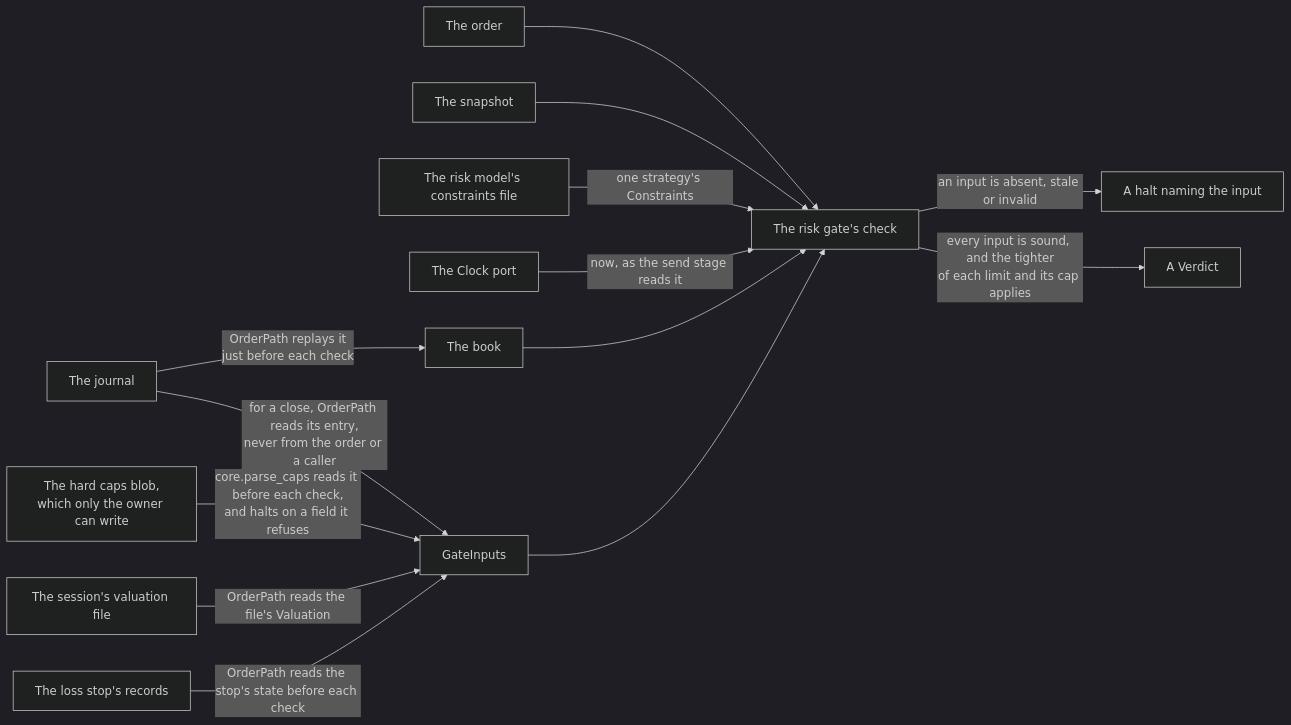
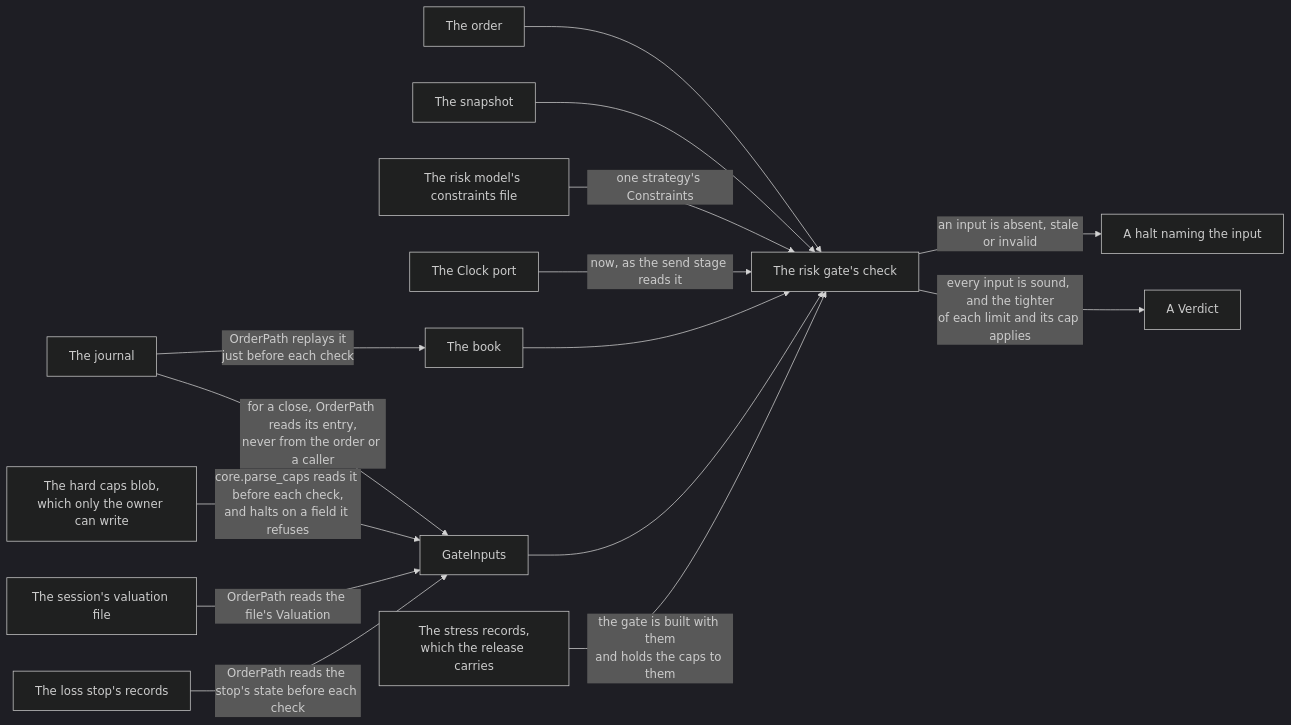
Before and after one commit to l3a0/ithildin-runtime: the seventh of 11 diagrams in docs/architecture/05-building-blocks.md, drawn with Mermaid (dark theme). The commit also changed other lines of this file and 87 other files, not shown here.

First line of the commit message:
feat(risk): the stress move is measured, and the caps are held to its record (#161)

````diff
--- a/docs/architecture/05-building-blocks.md
+++ b/docs/architecture/05-building-blocks.md
@@ -1208,29 +1209,31 @@
 ```mermaid
 flowchart LR
     order["The order"]
     snapshot["The snapshot"]
     file["The risk model's constraints file"]
     now["The Clock port"]
     journal["The journal"]
     book["The book"]
     inputs["GateInputs"]
     caps["The hard caps blob,<br/>which only the owner can write"]
     v["The session's valuation file"]
     stop["The loss stop's records"]
+    records["The stress records,<br/>which the release carries"]
     gate["The risk gate's check"]
     verdict["A Verdict"]
     halt["A halt naming the input"]
     order --> gate
     snapshot --> gate
     file -->|"one strategy's Constraints"| gate
     now -->|"now, as the send stage reads it"| gate
     book --> gate
     inputs --> gate
     journal -->|"OrderPath replays it<br/>just before each check"| book
     journal -->|"for a close, OrderPath reads its entry,<br/>never from the order or a caller"| inputs
     caps -->|"core.parse_caps reads it before each check,<br/>and halts on a field it refuses"| inputs
     v -->|"OrderPath reads the file's Valuation"| inputs
     stop -->|"OrderPath reads the stop's state before each check"| inputs
+    records -->|"the gate is built with them<br/>and holds the caps to them"| gate
     gate -->|"an input is absent, stale or invalid"| halt
     gate -->|"every input is sound, and the tighter<br/>of each limit and its cap applies"| verdict
 ```
````
